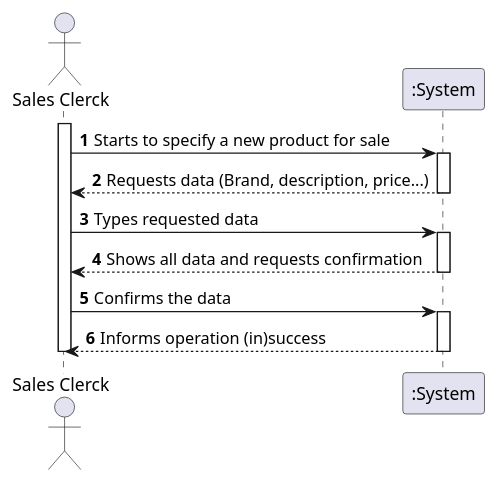
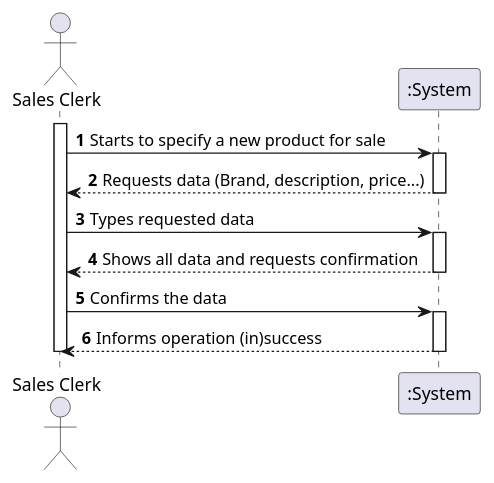
One commit to marttuga/LAPR4-SmartSystems changed the diagram in docs/Sprint2/US1001/US1001_SSD.puml. Above: the diagram before and after it, drawn with PlantUML. The commit also changed 3 other files, not shown here.

```diff
--- a/docs/Sprint2/US1001/US1001_SSD.puml
+++ b/docs/Sprint2/US1001/US1001_SSD.puml
@@ -1,27 +1,27 @@
 @startuml
 autonumber
-actor "Sales Clerck" as SC
+actor "Sales Clerk" as SC
 
 activate SC
 
 SC -> ":System" : Starts to specify a new product for sale
 activate ":System"
 
 ":System" --> SC : Requests data (Brand, description, price...)
 deactivate ":System"
 
 SC -> ":System" : Types requested data
 activate ":System"
 
 ":System" --> SC :Shows all data and requests confirmation
 deactivate ":System"
 
 SC -> ":System" : Confirms the data
 
 activate ":System"
 ":System" --> SC : Informs operation (in)success
 deactivate ":System"
 
 deactivate SC
 
 @enduml
```
